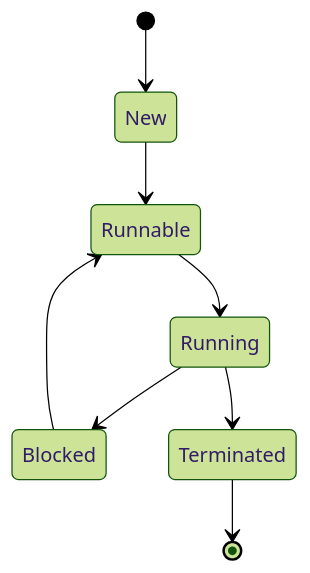
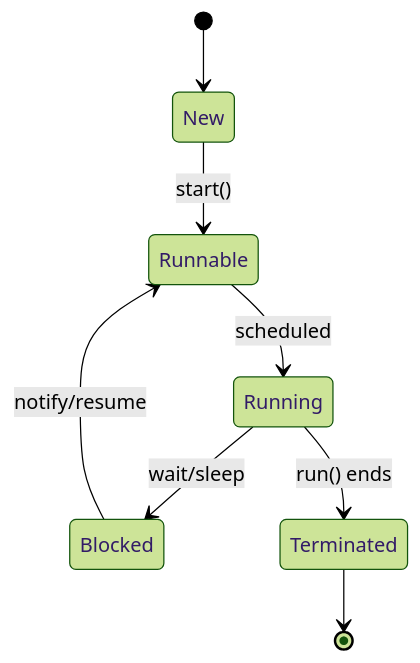
The diagram in multithreading-concurrency-in-java/README.md (VrushankPatel/interview-matters), drawn with Mermaid (forest theme) before and after one commit. The commit also changed other lines of this file and 8 other files, not shown here.

````diff
--- a/multithreading-concurrency-in-java/README.md
+++ b/multithreading-concurrency-in-java/README.md
@@ -64,10 +43,10 @@
 ```mermaid
 stateDiagram-v2
     [*] --> New
-    New --> Runnable
-    Runnable --> Running
-    Running --> Blocked
-    Blocked --> Runnable
-    Running --> Terminated
+    New --> Runnable : start()
+    Runnable --> Running : scheduled
+    Running --> Blocked : wait/sleep
+    Blocked --> Runnable : notify/resume
+    Running --> Terminated : run() ends
     Terminated --> [*]
 ```
````
